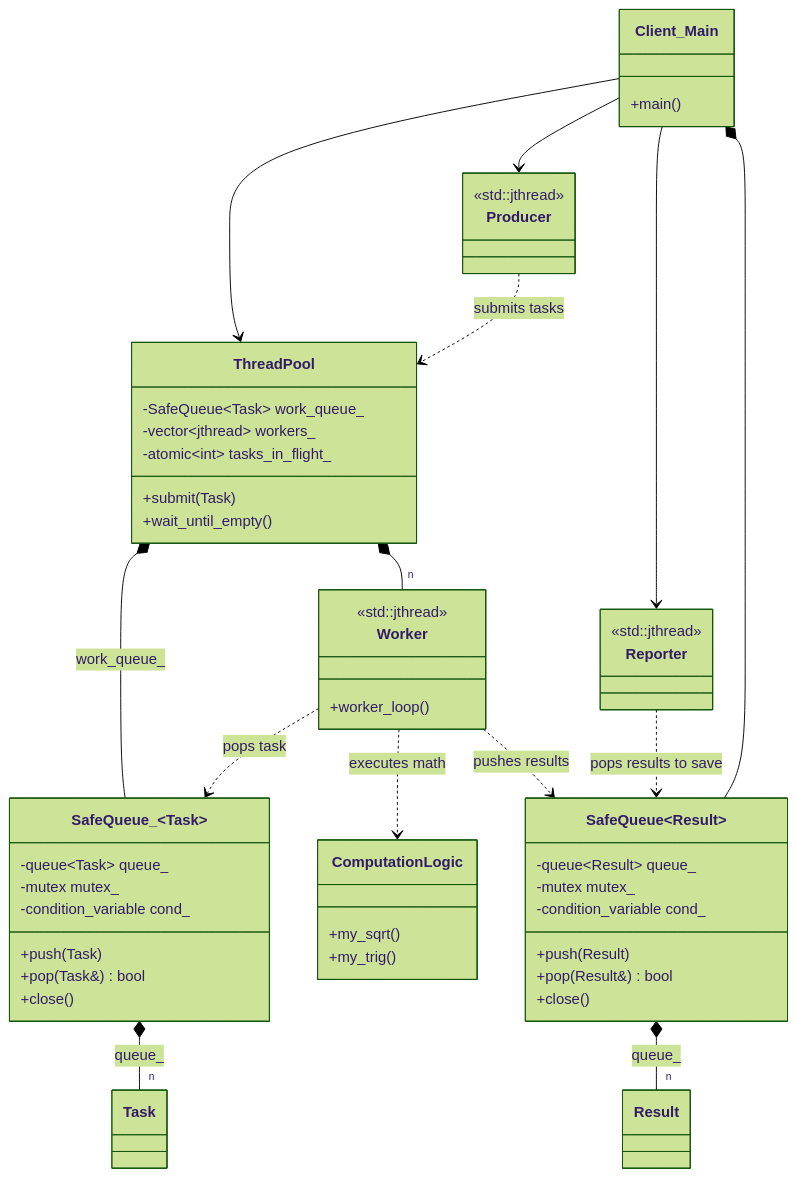
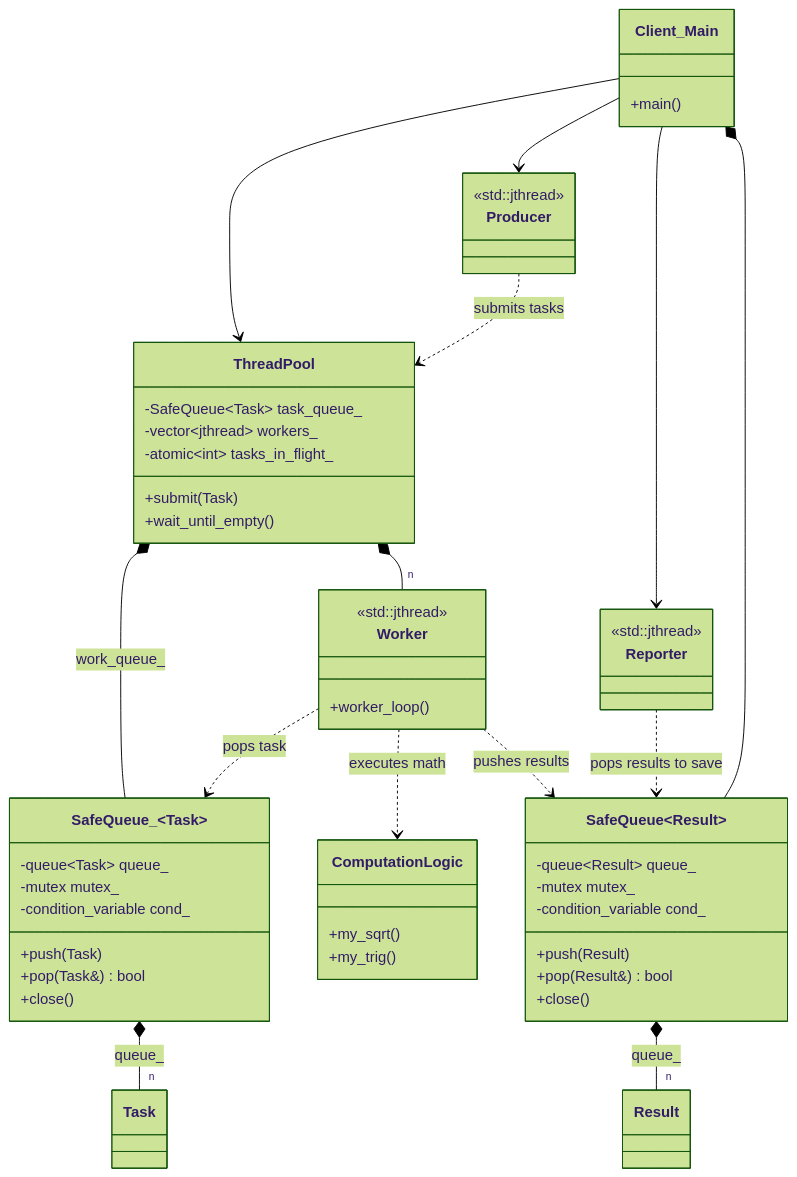
Before and after one commit to MarioGalindoQ/Modern-CPP-Design-Patterns: the diagram in 34_ThreadPool/diagram.md, drawn with Mermaid (forest theme). The commit also changed 5 other files, not shown here.

Commit message:
Improve UML

````diff
--- a/34_ThreadPool/diagram.md
+++ b/34_ThreadPool/diagram.md
@@ -3,79 +3,79 @@
 ```mermaid
 classDiagram
    class SafeQueue_~Task~ {
       -queue~Task~ queue_
       -mutex mutex_
       -condition_variable cond_
       +push(Task)
       +pop(Task&) bool
       +close()
    }
 
    class SafeQueue~Result~ {
       -queue~Result~ queue_
       -mutex mutex_
       -condition_variable cond_
       +push(Result)
       +pop(Result&) bool
       +close()
    }
 
    class ThreadPool {
-      -SafeQueue~Task~ work_queue_
+      -SafeQueue~Task~ task_queue_
       -vector~jthread~ workers_
       -atomic~int~ tasks_in_flight_
       +submit(Task)
       +wait_until_empty()
    }
 
    class Worker {
       <<std::jthread>>
       +worker_loop()
    }
 
    class Result {
    }
 
    class Task {
    }
 
    class Client_Main {
       +main()
    }
 
    class Producer {
       <<std::jthread>>
    }
 
    class Reporter {
       <<std::jthread>>
    }
 
    class ComputationLogic {
       +my_sqrt()
       +my_trig()
    }
 
    %% The Pool owns its internal components
    ThreadPool *-- SafeQueue_~Task~ : work_queue_
    ThreadPool *-- "n" Worker
 
    %% Tasks in SafeQueue~Task~
    SafeQueue_~Task~ *-- "n" Task : queue_
 
    %% Results in SafeQueue~Result~
    SafeQueue~Result~ *-- "n" Result : queue_
 
    %% The Client (Main) creates the high-level infrastructure
    Client_Main --> ThreadPool
    Client_Main --> Producer
    Client_Main --> Reporter
    Client_Main *-- SafeQueue~Result~
 
    %% Operational dependencies
    Producer ..> ThreadPool : submits tasks
    Worker ..> SafeQueue_~Task~ : pops task
    Worker ..> ComputationLogic : executes math
    Worker ..> SafeQueue~Result~ : pushes results
    Reporter ..> SafeQueue~Result~ : pops results to save
 ```
````
